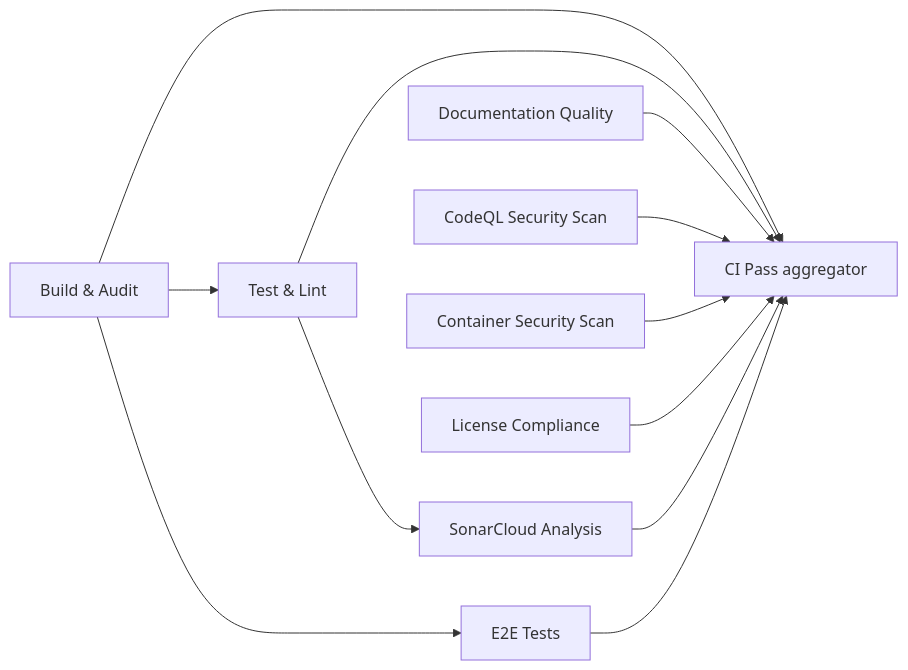
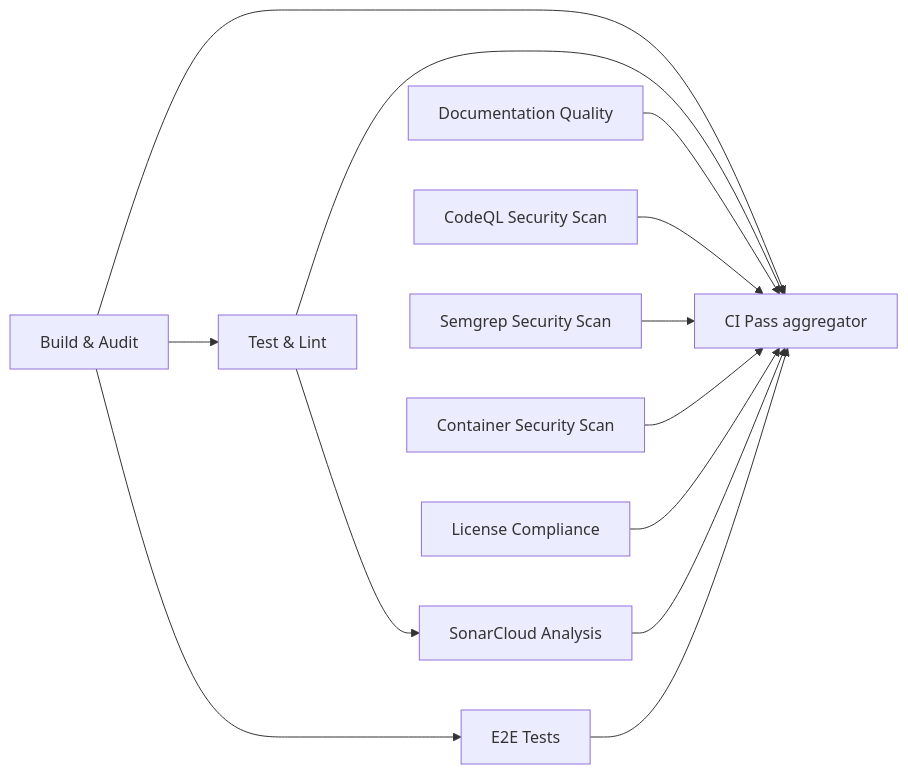
Before and after one commit to sergienko4/israeli-bank-scrapers-to-actual-budget: the second of 2 diagrams in docs/architecture/ci-pipeline.md, drawn with Mermaid. The commit also changed other lines of this file and 25 other files, not shown here.

````diff
--- a/docs/architecture/ci-pipeline.md
+++ b/docs/architecture/ci-pipeline.md
@@ -67,24 +67,26 @@
 ```mermaid
 graph LR
   build[Build & Audit]
   validate[Test & Lint]
   docs[Documentation Quality]
   security[CodeQL Security Scan]
+  semgrep[Semgrep Security Scan]
   trivy[Container Security Scan]
   licenses[License Compliance]
   sonar[SonarCloud Analysis]
   e2e[E2E Tests]
   pass[CI Pass aggregator]
 
   build --> validate
   build --> e2e
   validate --> sonar
   build --> pass
   validate --> pass
   docs --> pass
   security --> pass
+  semgrep --> pass
   trivy --> pass
   licenses --> pass
   sonar --> pass
   e2e --> pass
 ```
````
